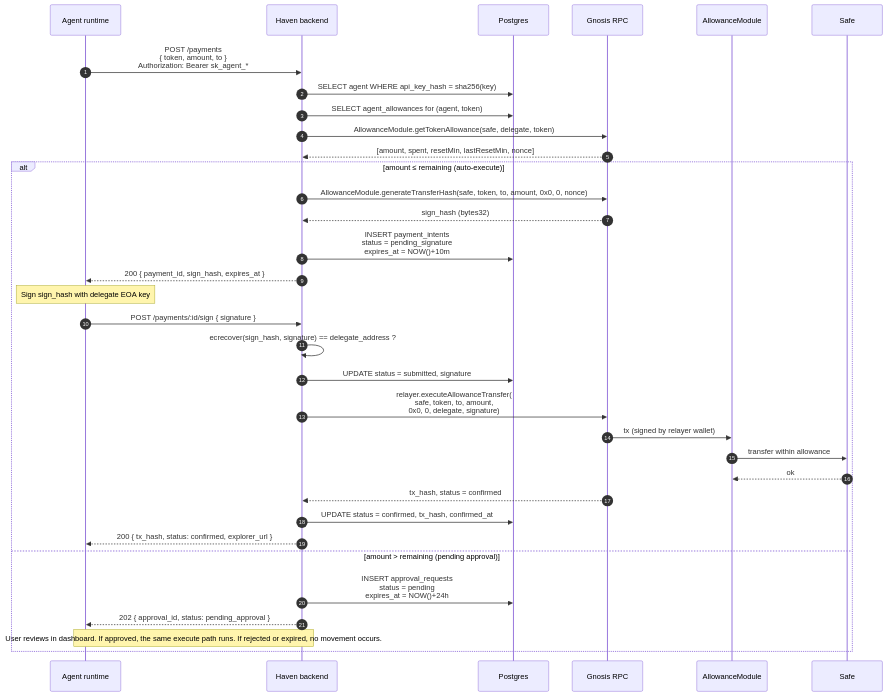
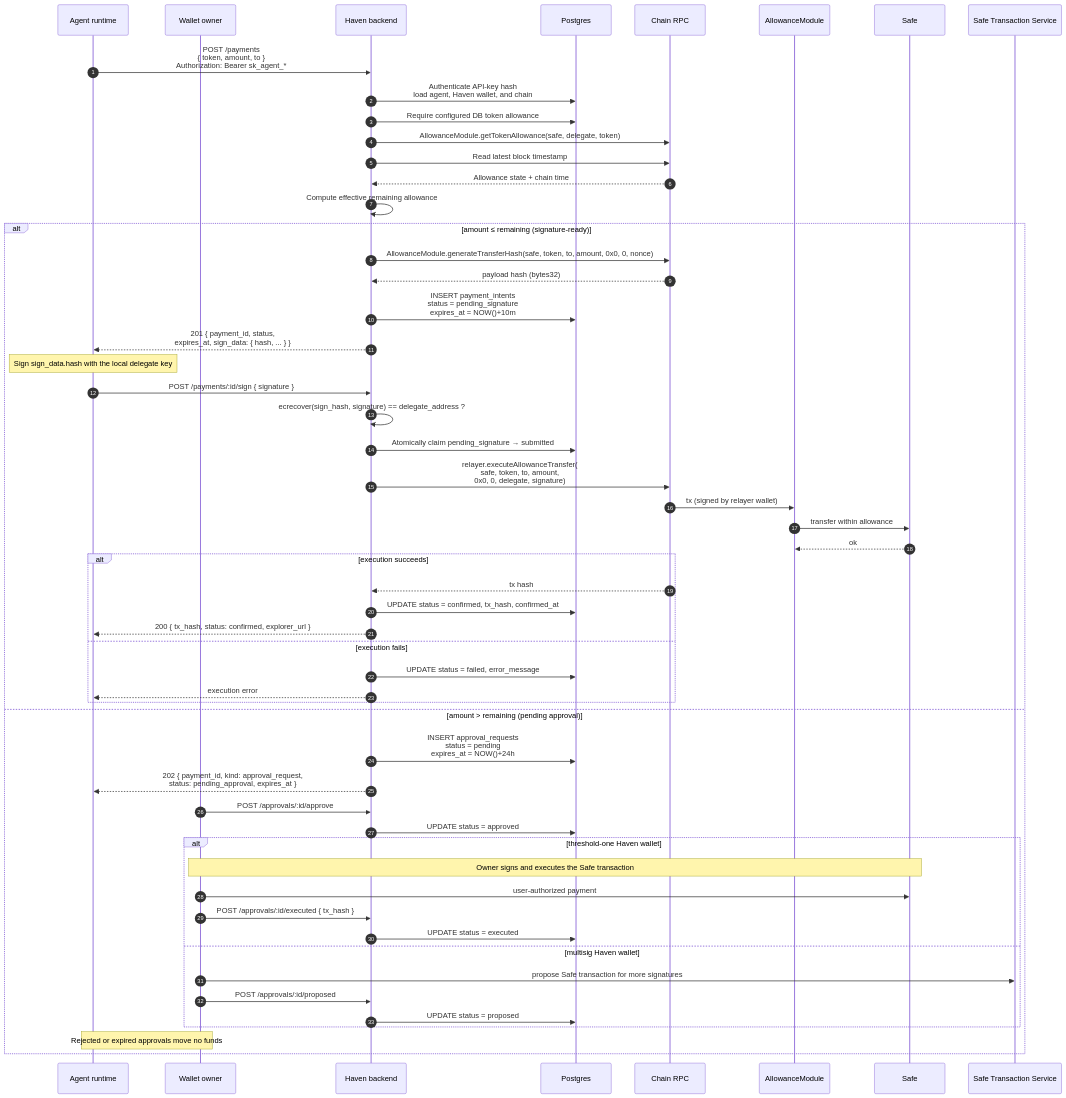
One commit to d-hinders/Haven-AI changed the diagram in docs/architecture/03-payment-sequence.md. Above: the diagram before and after it, drawn with Mermaid. The commit also changed other lines of this file and 2 other files, not shown here.

Commit message:
docs: refresh custody payments and OpenAPI guides (#657)

````diff
--- a/docs/architecture/03-payment-sequence.md
+++ b/docs/architecture/03-payment-sequence.md
@@ -21,40 +28,61 @@
 ```mermaid
 sequenceDiagram
   autonumber
   participant Agent as Agent runtime
+  participant Owner as Wallet owner
   participant API as Haven backend
   participant DB as Postgres
-  participant RPC as Gnosis RPC
+  participant RPC as Chain RPC
   participant AM as AllowanceModule
   participant Safe
+  participant Service as Safe Transaction Service
 
   Agent->>API: POST /payments<br/>{ token, amount, to }<br/>Authorization: Bearer sk_agent_*
-  API->>DB: SELECT agent WHERE api_key_hash = sha256(key)
-  API->>DB: SELECT agent_allowances for (agent, token)
+  API->>DB: Authenticate API-key hash<br/>load agent, Haven wallet, and chain
+  API->>DB: Require configured DB token allowance
   API->>RPC: AllowanceModule.getTokenAllowance(safe, delegate, token)
-  RPC-->>API: [amount, spent, resetMin, lastResetMin, nonce]
+  API->>RPC: Read latest block timestamp
+  RPC-->>API: Allowance state + chain time
+  API->>API: Compute effective remaining allowance
 
-  alt amount ≤ remaining (auto-execute)
+  alt amount ≤ remaining (signature-ready)
     API->>RPC: AllowanceModule.generateTransferHash(safe, token, to, amount, 0x0, 0, nonce)
-    RPC-->>API: sign_hash (bytes32)
+    RPC-->>API: payload hash (bytes32)
     API->>DB: INSERT payment_intents<br/>status = pending_signature<br/>expires_at = NOW()+10m
-    API-->>Agent: 200 { payment_id, sign_hash, expires_at }
+    API-->>Agent: 201 { payment_id, status,<br/>expires_at, sign_data: { hash, ... } }
 
-    Note over Agent: Sign sign_hash with delegate EOA key
+    Note over Agent: Sign sign_data.hash with the local delegate key
     Agent->>API: POST /payments/:id/sign { signature }
     API->>API: ecrecover(sign_hash, signature) == delegate_address ?
-    API->>DB: UPDATE status = submitted, signature
+    API->>DB: Atomically claim pending_signature → submitted
     API->>RPC: relayer.executeAllowanceTransfer(<br/>safe, token, to, amount,<br/>0x0, 0, delegate, signature)
     RPC->>AM: tx (signed by relayer wallet)
     AM->>Safe: transfer within allowance
     Safe-->>AM: ok
-    RPC-->>API: tx_hash, status = confirmed
-    API->>DB: UPDATE status = confirmed, tx_hash, confirmed_at
-    API-->>Agent: 200 { tx_hash, status: confirmed, explorer_url }
+    alt execution succeeds
+      RPC-->>API: tx hash
+      API->>DB: UPDATE status = confirmed, tx_hash, confirmed_at
+      API-->>Agent: 200 { tx_hash, status: confirmed, explorer_url }
+    else execution fails
+      API->>DB: UPDATE status = failed, error_message
+      API-->>Agent: execution error
+    end
 
   else amount > remaining (pending approval)
     API->>DB: INSERT approval_requests<br/>status = pending<br/>expires_at = NOW()+24h
-    API-->>Agent: 202 { approval_id, status: pending_approval }
-    Note over Agent,API: User reviews in dashboard. If approved, the same execute path runs. If rejected or expired, no movement occurs.
+    API-->>Agent: 202 { payment_id, kind: approval_request,<br/>status: pending_approval, expires_at }
+    Owner->>API: POST /approvals/:id/approve
+    API->>DB: UPDATE status = approved
+    alt threshold-one Haven wallet
+      Note over Owner,Safe: Owner signs and executes the Safe transaction
+      Owner->>Safe: user-authorized payment
+      Owner->>API: POST /approvals/:id/executed { tx_hash }
+      API->>DB: UPDATE status = executed
+    else multisig Haven wallet
+      Owner->>Service: propose Safe transaction for more signatures
+      Owner->>API: POST /approvals/:id/proposed
+      API->>DB: UPDATE status = proposed
+    end
+    Note over Agent,Owner: Rejected or expired approvals move no funds
   end
 ```
````
